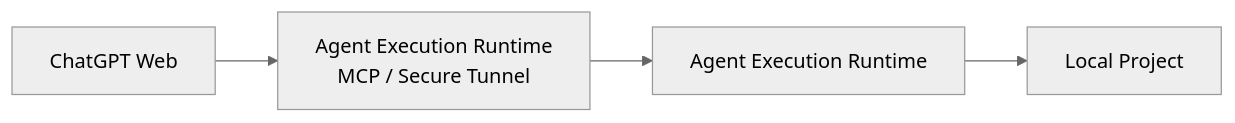
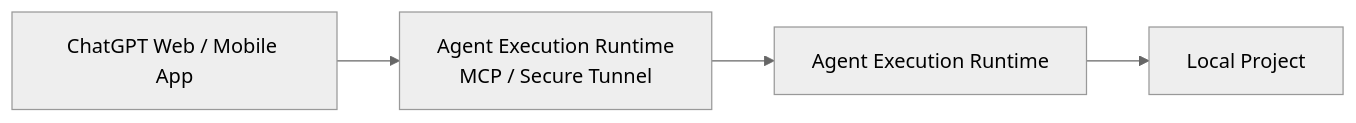
One commit to eaglesjo/MultiAgentOS changed the fourth of 4 diagrams in README.md. Above: the diagram before and after it, drawn with Mermaid (neutral theme). The commit also changed other lines of this file, not shown here.

Commit message:
docs: document ChatGPT mobile app support

````diff
--- a/README.md
+++ b/README.md
@@ -124,4 +140,4 @@
 ```mermaid
 flowchart LR
-    C["ChatGPT Web"] --> T["Agent Execution Runtime<br/>MCP / Secure Tunnel"] --> R["Agent Execution Runtime"] --> P["Local Project"]
+    C["ChatGPT Web / Mobile App"] --> T["Agent Execution Runtime<br/>MCP / Secure Tunnel"] --> R["Agent Execution Runtime"] --> P["Local Project"]
 ```
````
